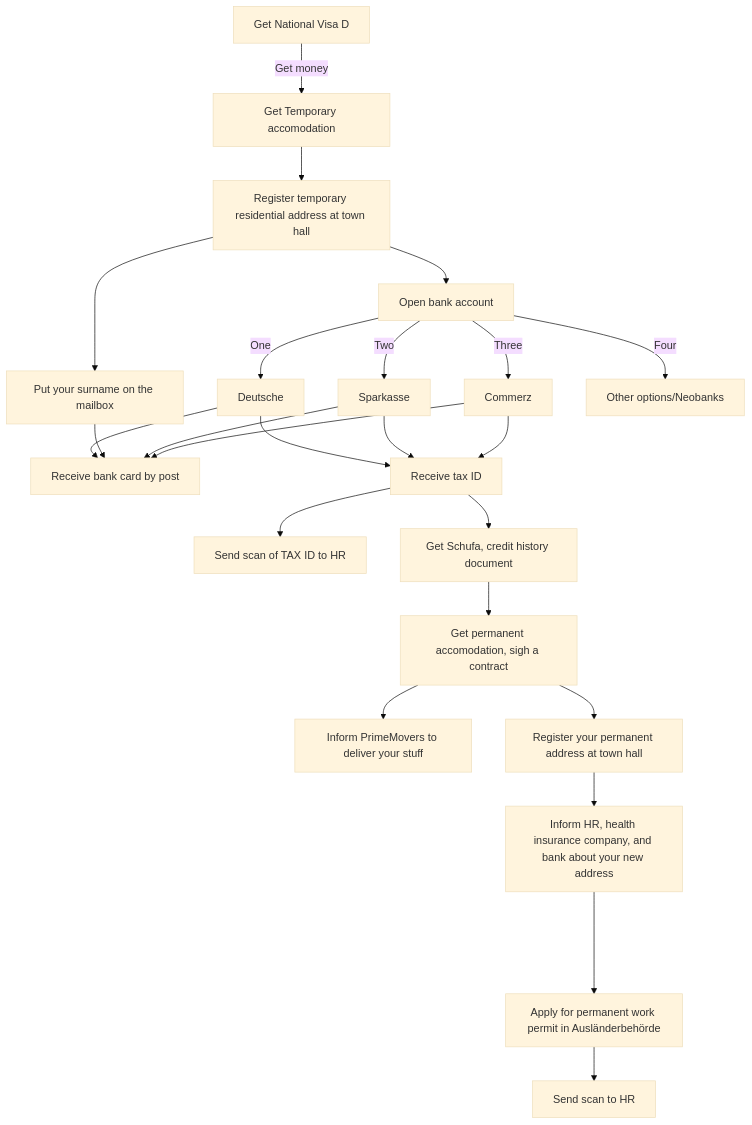
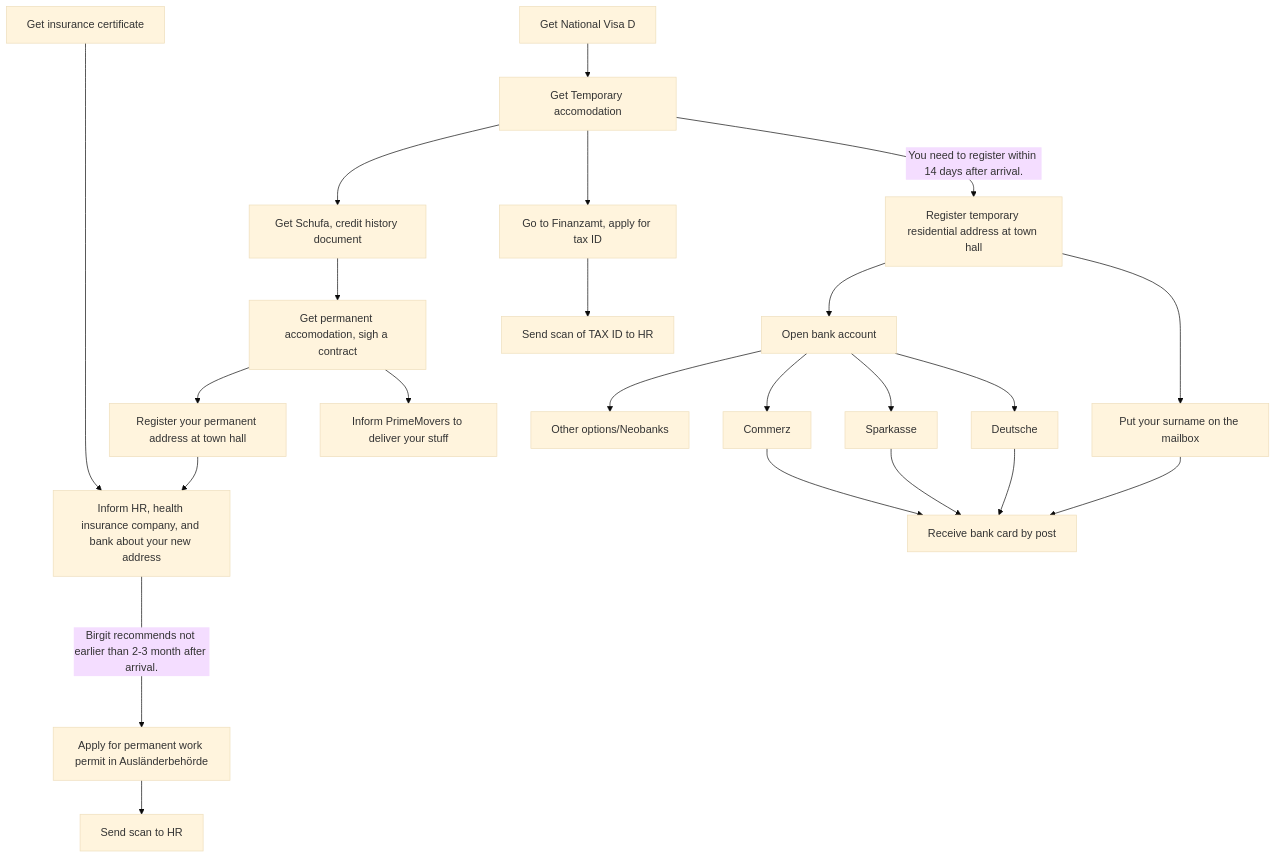
One commit to lananovikova10/howtoberlin changed the diagram in sequence-of-steps.md. Above: the diagram before and after it, drawn with Mermaid (base theme). The commit also changed other lines of this file, not shown here.

Commit message:
mermaid diagram change a bit

````diff
--- a/sequence-of-steps.md
+++ b/sequence-of-steps.md
@@ -3,26 +3,25 @@
 ```mermaid
 graph TB
-    A[Get National Visa D] -->|Get money| B[Get Temporary accomodation]
-    B[Get Temporary accomodation] --> W[Register temporary residential address at town hall]
+    A[Get National Visa D] --> B[Get Temporary accomodation]
+    Q[Get insurance certificate] ------> L
+    B[Get Temporary accomodation] --> |You need to register within 14 days after arrival.| W[Register temporary residential address at town hall]
+    B --> G[Go to Finanzamt, apply for tax ID]
     W --> X[Put your surname on the mailbox]
     W --> C[Open bank account]
-    C -->|One| D[Deutsche]
-    C -->|Two| E[Sparkasse]
-    C -->|Three| F[Commerz]
-    C -->|Four| V[Other options/Neobanks]
+    C --> D[Deutsche]
+    C --> E[Sparkasse]
+    C --> F[Commerz]
+    C --> V[Other options/Neobanks]
     D --> Y[Receive bank card by post]
     X --> Y
-    D --> G[Receive tax ID]
-    E --> G
     E --> Y[Receive bank card by post]
-    F --> G
     F --> Y[Receive bank card by post]
     G --> H[Send scan of TAX ID to HR]
-    G --> Z[Get Schufa, credit history document] 
+    B --> Z[Get Schufa, credit history document] 
     Z --> J[Get permanent accomodation, sigh a contract]
     J --> I[Inform PrimeMovers to deliver your stuff]
     J --> K[Register your permanent address at town hall]
     K --> L[Inform HR, health insurance company, and bank about your new address]
-    L ----> M
-    M[Apply for permanent work permit in Ausländerbehörde] --> N[Send scan to HR]
+    L ----> |Birgit recommends not earlier than 2-3 month after arrival.| M[Apply for permanent work permit in Ausländerbehörde]
+    M --> N[Send scan to HR]
 ```
````
